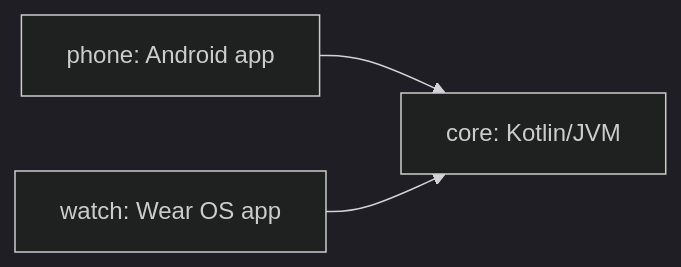
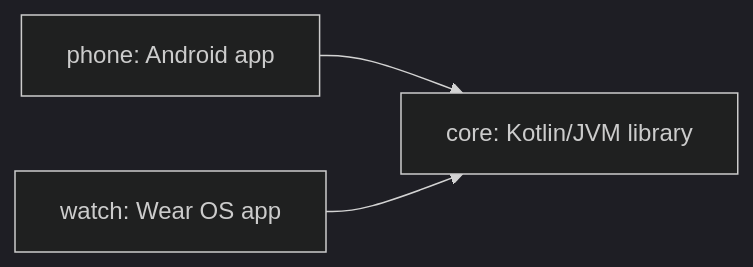
One commit to VioWybren/light-signals changed the diagram in ARCHITECTURE.md. Above: the diagram before and after it, drawn with Mermaid (dark theme). The commit also changed other lines of this file and 104 other files, not shown here.

````diff
--- a/ARCHITECTURE.md
+++ b/ARCHITECTURE.md
@@ -11,5 +13,5 @@
 ```mermaid
 flowchart LR
-    phone[phone: Android app] --> core[core: Kotlin/JVM]
+    phone[phone: Android app] --> core[core: Kotlin/JVM library]
     watch[watch: Wear OS app] --> core
 ```
````
